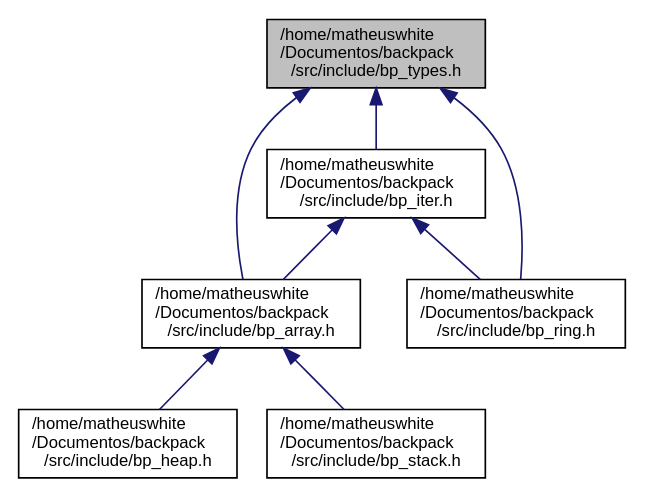
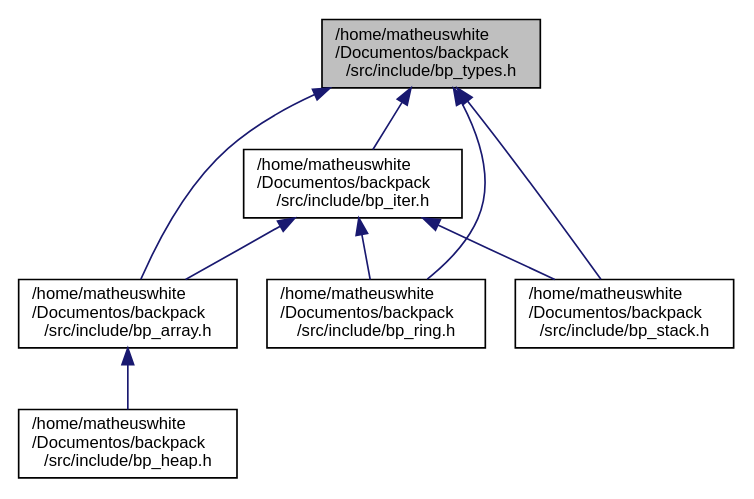
Before and after one commit to matheuswhite/backpack: the diagram in docs/bp__types_8h__dep__incl.dot, drawn with Graphviz. The commit also changed 46 other files, not shown here.

```diff
--- a/docs/bp__types_8h__dep__incl.dot
+++ b/docs/bp__types_8h__dep__incl.dot
@@ -1,19 +1,20 @@
 digraph "/home/matheuswhite/Documentos/backpack/src/include/bp_types.h"
 {
  // LATEX_PDF_SIZE
   edge [fontname="Helvetica",fontsize="10",labelfontname="Helvetica",labelfontsize="10"];
   node [fontname="Helvetica",fontsize="10",shape=record];
   Node1 [label="/home/matheuswhite\l/Documentos/backpack\l/src/include/bp_types.h",height=0.2,width=0.4,color="black", fillcolor="grey75", style="filled", fontcolor="black",tooltip="Specifies the basic types used in this library."];
   Node1 -> Node2 [dir="back",color="midnightblue",fontsize="10",style="solid",fontname="Helvetica"];
   Node2 [label="/home/matheuswhite\l/Documentos/backpack\l/src/include/bp_iter.h",height=0.2,width=0.4,color="black", fillcolor="white", style="filled",URL="$bp__iter_8h.html",tooltip="Specifies the generic iterator structure. The iterator is a interface with 3 method...."];
   Node2 -> Node3 [dir="back",color="midnightblue",fontsize="10",style="solid",fontname="Helvetica"];
   Node3 [label="/home/matheuswhite\l/Documentos/backpack\l/src/include/bp_array.h",height=0.2,width=0.4,color="black", fillcolor="white", style="filled",URL="$bp__array_8h.html",tooltip="Specifies the array structure. This structure works as a buffer, where the develop could insert the e..."];
   Node3 -> Node4 [dir="back",color="midnightblue",fontsize="10",style="solid",fontname="Helvetica"];
   Node4 [label="/home/matheuswhite\l/Documentos/backpack\l/src/include/bp_heap.h",height=0.2,width=0.4,color="black", fillcolor="white", style="filled",URL="$bp__heap_8h.html",tooltip="Specifies the heap structure. the heap could be a Min-Heap or a Max-Heap."];
-  Node3 -> Node5 [dir="back",color="midnightblue",fontsize="10",style="solid",fontname="Helvetica"];
-  Node5 [label="/home/matheuswhite\l/Documentos/backpack\l/src/include/bp_stack.h",height=0.2,width=0.4,color="black", fillcolor="white", style="filled",URL="$bp__stack_8h.html",tooltip="Specifies the stack structure. This structure is a bp_array complement. To allow the bp_array works a..."];
+  Node2 -> Node5 [dir="back",color="midnightblue",fontsize="10",style="solid",fontname="Helvetica"];
+  Node5 [label="/home/matheuswhite\l/Documentos/backpack\l/src/include/bp_ring.h",height=0.2,width=0.4,color="black", fillcolor="white", style="filled",URL="$bp__ring_8h.html",tooltip="Specifies the ring structure. This structure works as a circular buffer. When the buffer is in its ma..."];
   Node2 -> Node6 [dir="back",color="midnightblue",fontsize="10",style="solid",fontname="Helvetica"];
-  Node6 [label="/home/matheuswhite\l/Documentos/backpack\l/src/include/bp_ring.h",height=0.2,width=0.4,color="black", fillcolor="white", style="filled",URL="$bp__ring_8h.html",tooltip="Specifies the ring structure. This structure works as a circular buffer. When the buffer is in its ma..."];
+  Node6 [label="/home/matheuswhite\l/Documentos/backpack\l/src/include/bp_stack.h",height=0.2,width=0.4,color="black", fillcolor="white", style="filled",URL="$bp__stack_8h.html",tooltip="Specifies the stack structure. The following module follow the LIFO (Last-In-First-Out) order."];
   Node1 -> Node3 [dir="back",color="midnightblue",fontsize="10",style="solid",fontname="Helvetica"];
+  Node1 -> Node5 [dir="back",color="midnightblue",fontsize="10",style="solid",fontname="Helvetica"];
   Node1 -> Node6 [dir="back",color="midnightblue",fontsize="10",style="solid",fontname="Helvetica"];
 }
```
